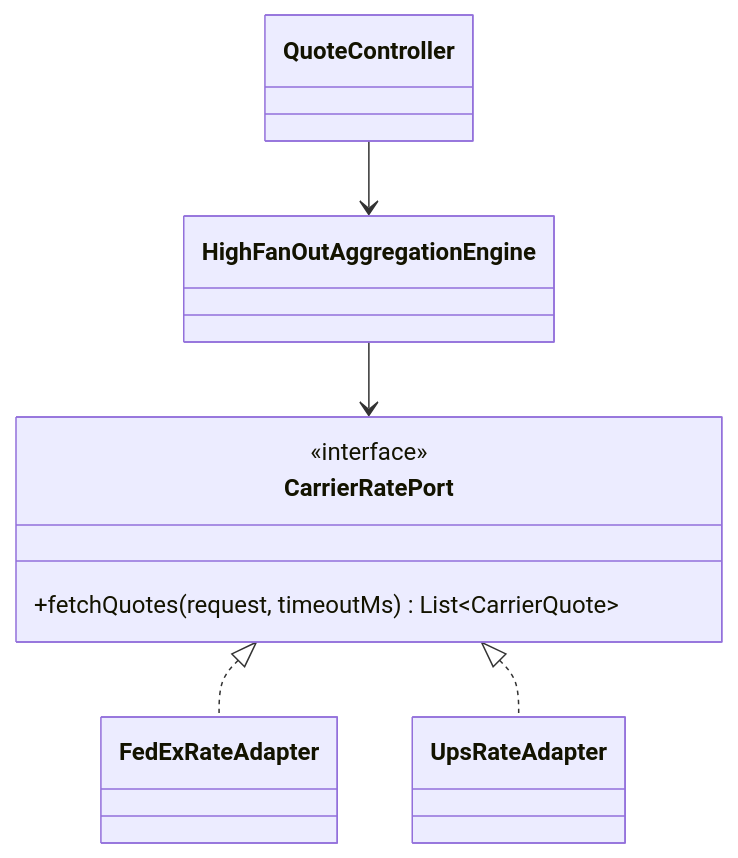
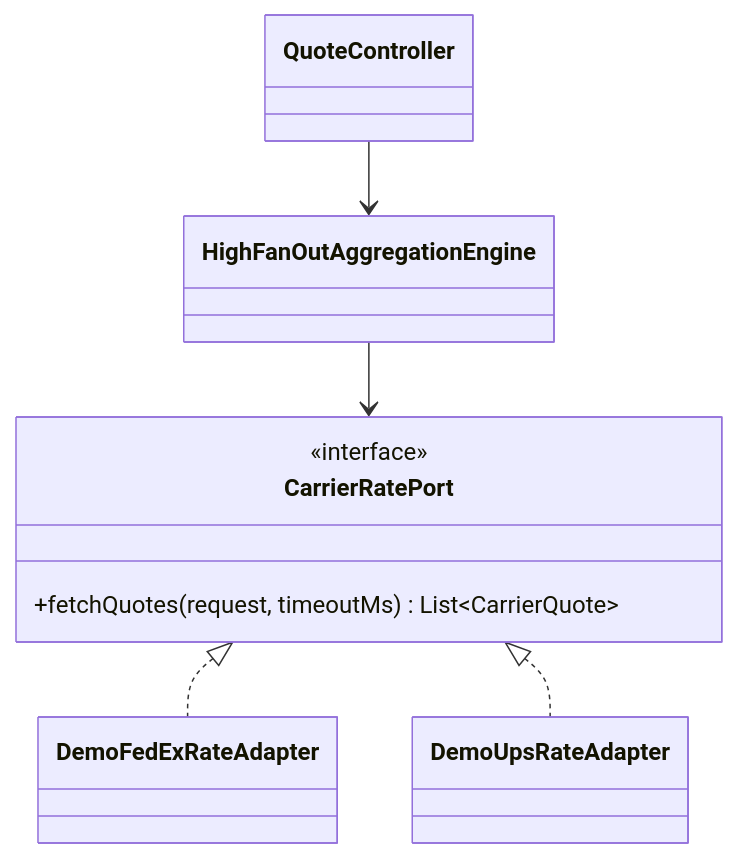
Before and after one commit to white-hf/multi-carrier-shipping: the diagram in README.md, drawn with Mermaid. The commit also changed other lines of this file and 52 other files, not shown here.

````diff
--- a/README.md
+++ b/README.md
@@ -84,15 +84,15 @@
 ```mermaid
 classDiagram
     class QuoteController
     class HighFanOutAggregationEngine
     class CarrierRatePort {
         <<interface>>
         +fetchQuotes(request, timeoutMs) List~CarrierQuote~
     }
-    class FedExRateAdapter
-    class UpsRateAdapter
+    class DemoFedExRateAdapter
+    class DemoUpsRateAdapter
     QuoteController --> HighFanOutAggregationEngine
     HighFanOutAggregationEngine --> CarrierRatePort
-    CarrierRatePort <|.. FedExRateAdapter
-    CarrierRatePort <|.. UpsRateAdapter
+    CarrierRatePort <|.. DemoFedExRateAdapter
+    CarrierRatePort <|.. DemoUpsRateAdapter
 ```
````
